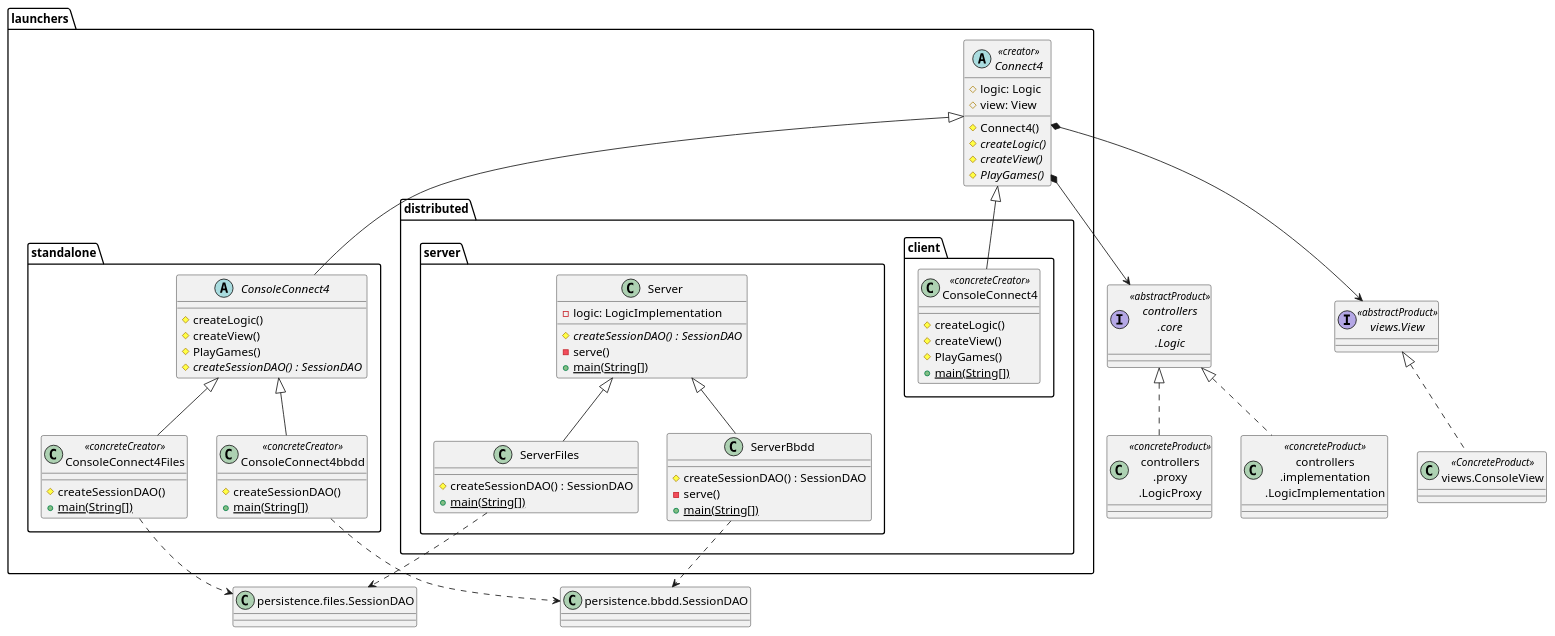
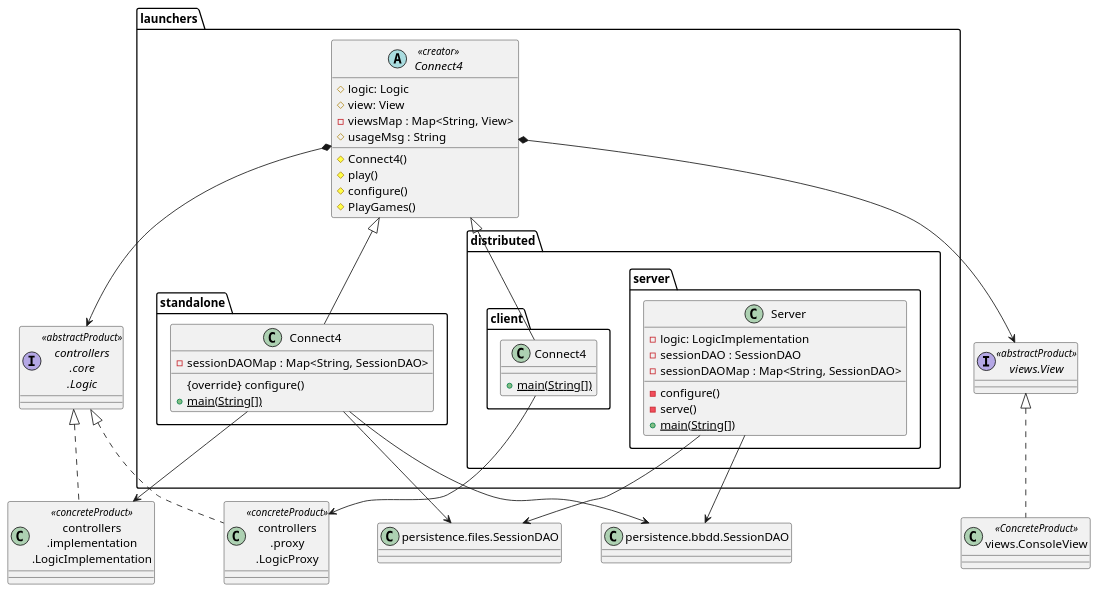
One commit to js-rom/connect4 changed the diagram in connect4/Docs/diagrams/src/packages/connect4.connect4.launchers.plantuml. Above: the diagram before and after it, drawn with PlantUML. The commit also changed 5 other files, not shown here.

```diff
--- a/connect4/Docs/diagrams/src/packages/connect4.connect4.launchers.plantuml
+++ b/connect4/Docs/diagrams/src/packages/connect4.connect4.launchers.plantuml
@@ -1,109 +1,82 @@
 @startuml connect4.connect4.launchers
 
 interface Logic as "controllers\n.core\n.Logic" <<abstractProduct>>
 class LogicImplementation as "controllers\n.implementation\n.LogicImplementation" <<concreteProduct>>
 Logic <|.. LogicImplementation
 class LogicProxy as "controllers\n.proxy\n.LogicProxy" <<concreteProduct>>
 Logic <|.. LogicProxy
 
 class ConsoleView as "views.ConsoleView" <<ConcreteProduct>>
 interface View as "views.View" <<abstractProduct>>
 View <|.. ConsoleView
 
 class SessionDAOFiles as "persistence.files.SessionDAO"
 class SessionDAObbdd as "persistence.bbdd.SessionDAO"
 
 package "launchers" {
 
     abstract class launchers.Connect4 <<creator>> {
         # logic: Logic
         # view: View
+        - viewsMap : Map<String, View>
+        # usageMsg : String
         # Connect4()
-        # {abstract}createLogic()
-        # {abstract}createView()
-        # {abstract}PlayGames()
+        # play()
+        # configure()
+        # PlayGames()
 
     }
 
     package standalone {
 
-        abstract class ConsoleConnect4  {
-            # createLogic()
-            # createView()
-            # PlayGames()
-            # {abstract}createSessionDAO() : SessionDAO
-        }
-
-        class ConsoleConnect4Files <<concreteCreator>> {
-            # createSessionDAO()
-            {static}+main(String[])
-        }
-
-        class ConsoleConnect4bbdd <<concreteCreator>> {
-            # createSessionDAO()
+        class Connect4  {
+            - sessionDAOMap : Map<String, SessionDAO>
+            {override} configure()
             {static}+main(String[])
         }
 
     }
 
-    Connect4 <|-- standalone.ConsoleConnect4
-    standalone.ConsoleConnect4 <|-- standalone.ConsoleConnect4Files
-    standalone.ConsoleConnect4 <|-- standalone.ConsoleConnect4bbdd
-
-
+    Connect4 <|-- standalone.Connect4
 
     package distributed {
 
         package client {
-            class ConsoleConnect4 <<concreteCreator>> {
-                # createLogic()
-                # createView()
-                # PlayGames()
+            class Connect4{
                 {static}+main(String[])
             }
-
-
-
         }
 
         package server {
 
             class Server {
                 - logic: LogicImplementation
-                # {abstract}createSessionDAO() : SessionDAO
-                - serve()
-                {static}+main(String[])
-            }
-
-            class ServerFiles {
-                # createSessionDAO() : SessionDAO
-                {static}+main(String[])
-            }
-
-            class ServerBbdd {
-                # createSessionDAO() : SessionDAO
+                - sessionDAO : SessionDAO
+                - sessionDAOMap : Map<String, SessionDAO>
+                - configure()
                 - serve()
                 {static}+main(String[])
             }
         }
 
-        
+
     }
 
-    launchers.Connect4 <|-- distributed.client.ConsoleConnect4
+    launchers.Connect4 <|-- distributed.client.Connect4
+    
 
 }
 
 launchers.Connect4 *--> Logic
 launchers.Connect4 *--> View
 
 
-launchers.standalone.ConsoleConnect4Files ..> SessionDAOFiles
-launchers.standalone.ConsoleConnect4bbdd ..> SessionDAObbdd
-launchers.distributed.server.Server <|-- launchers.distributed.server.ServerFiles
-launchers.distributed.server.Server <|-- launchers.distributed.server.ServerBbdd
-launchers.distributed.server.ServerFiles ..> SessionDAOFiles
-launchers.distributed.server.ServerBbdd ..> SessionDAObbdd
+launchers.standalone.Connect4 --> SessionDAOFiles
+launchers.standalone.Connect4 --> SessionDAObbdd
+launchers.distributed.server.Server --> SessionDAOFiles
+launchers.distributed.server.Server --> SessionDAObbdd
+launchers.distributed.client.Connect4 --> LogicProxy
+launchers.standalone.Connect4 --> LogicImplementation
 
 
 @enduml
```
